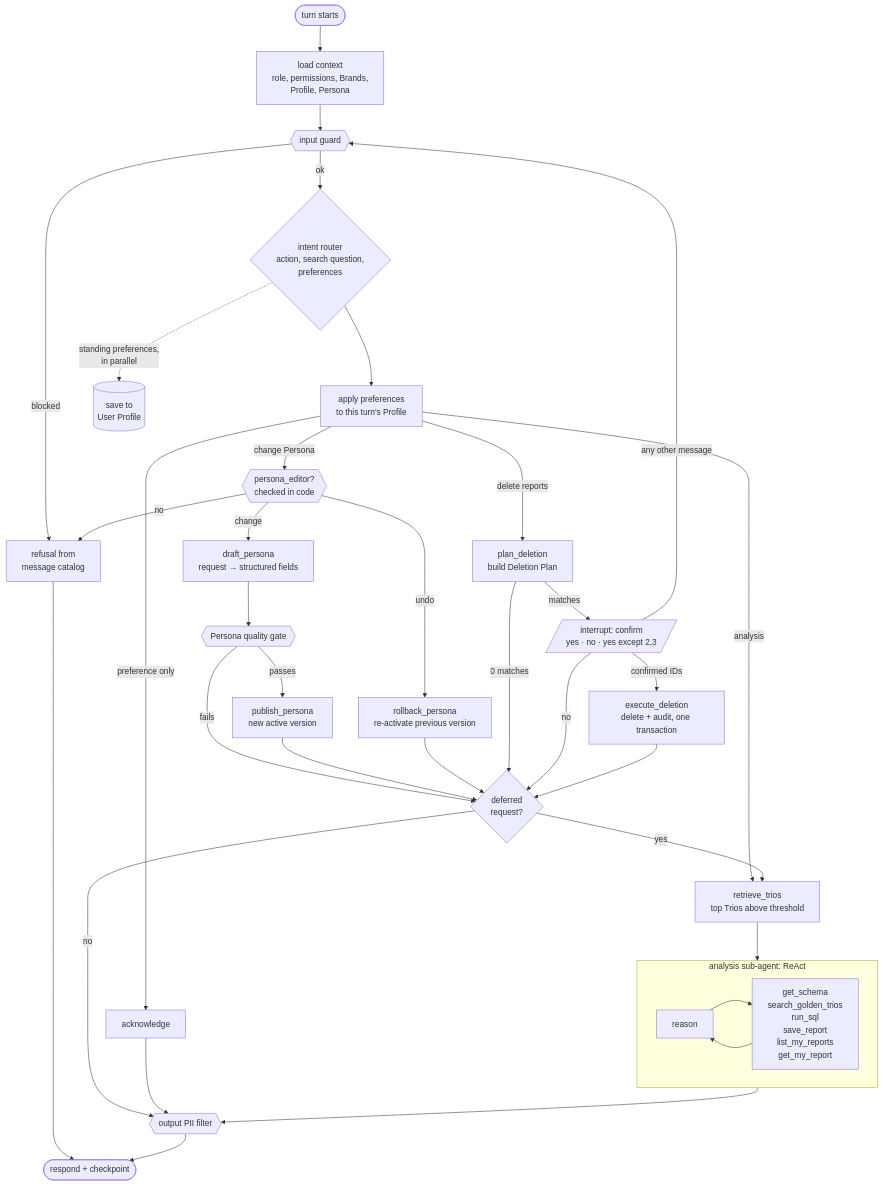
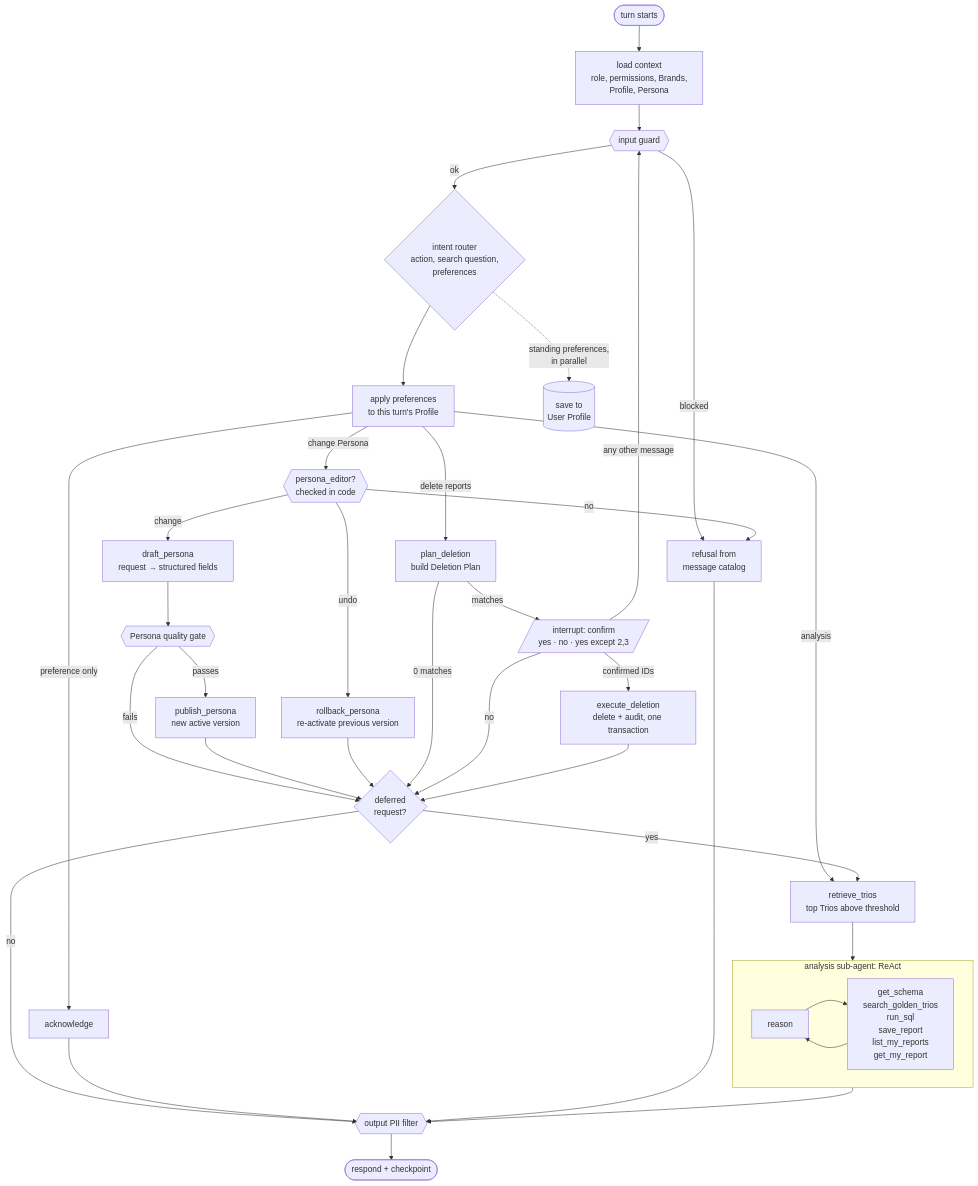
The second of 2 diagrams in docs/hld/01-architecture.md (sternyishai/opsfleet-test), drawn with Mermaid before and after one commit. The commit also changed other lines of this file, not shown here.

First line of the commit message:
docs(hld): show the single pii exit in 01 flows and data table

````diff
--- a/docs/hld/01-architecture.md
+++ b/docs/hld/01-architecture.md
@@ -86,45 +90,45 @@
 ```mermaid
 flowchart TD
     START([turn starts]) --> ctx[load context<br/>role, permissions, Brands,<br/>Profile, Persona]
     ctx --> guard{{input guard}}
     guard -- blocked --> refuse[refusal from<br/>message catalog]
     guard -- ok --> router{intent router<br/>action, search question,<br/>preferences}
 
     router --> apply[apply preferences<br/>to this turn's Profile]
     router -. standing preferences,<br/>in parallel .-> persist[(save to<br/>User Profile)]
 
     apply -- analysis --> retrieve[retrieve_trios<br/>top Trios above threshold]
     retrieve --> analysis
     apply -- delete reports --> plan[plan_deletion<br/>build Deletion Plan]
     apply -- preference only --> ack[acknowledge]
     apply -- change Persona --> perm{{persona_editor?<br/>checked in code}}
 
     subgraph analysis [analysis sub-agent: ReAct]
         direction LR
         think[reason] --> tools[get_schema<br/>search_golden_trios<br/>run_sql<br/>save_report<br/>list_my_reports<br/>get_my_report]
         tools --> think
     end
 
     perm -- no --> refuse
     perm -- change --> draft[draft_persona<br/>request → structured fields]
     perm -- undo --> rb[rollback_persona<br/>re-activate previous version]
     draft --> gate{{Persona quality gate}}
     gate -- passes --> pub[publish_persona<br/>new active version]
     gate -- fails --> after
     pub --> after
     rb --> after
 
     plan -- 0 matches --> after
     plan -- matches --> confirm[/interrupt: confirm<br/>yes · no · yes except 2,3/]
     confirm -- confirmed IDs --> exec[execute_deletion<br/>delete + audit, one transaction]
     confirm -- no --> after
     confirm -- any other message --> guard
     exec --> after{deferred<br/>request?}
     after -- yes --> retrieve
     after -- no --> pii
 
     analysis --> pii{{output PII filter}}
     ack --> pii
-    refuse --> respond
+    refuse --> pii
     pii --> respond([respond + checkpoint])
 ```
````
